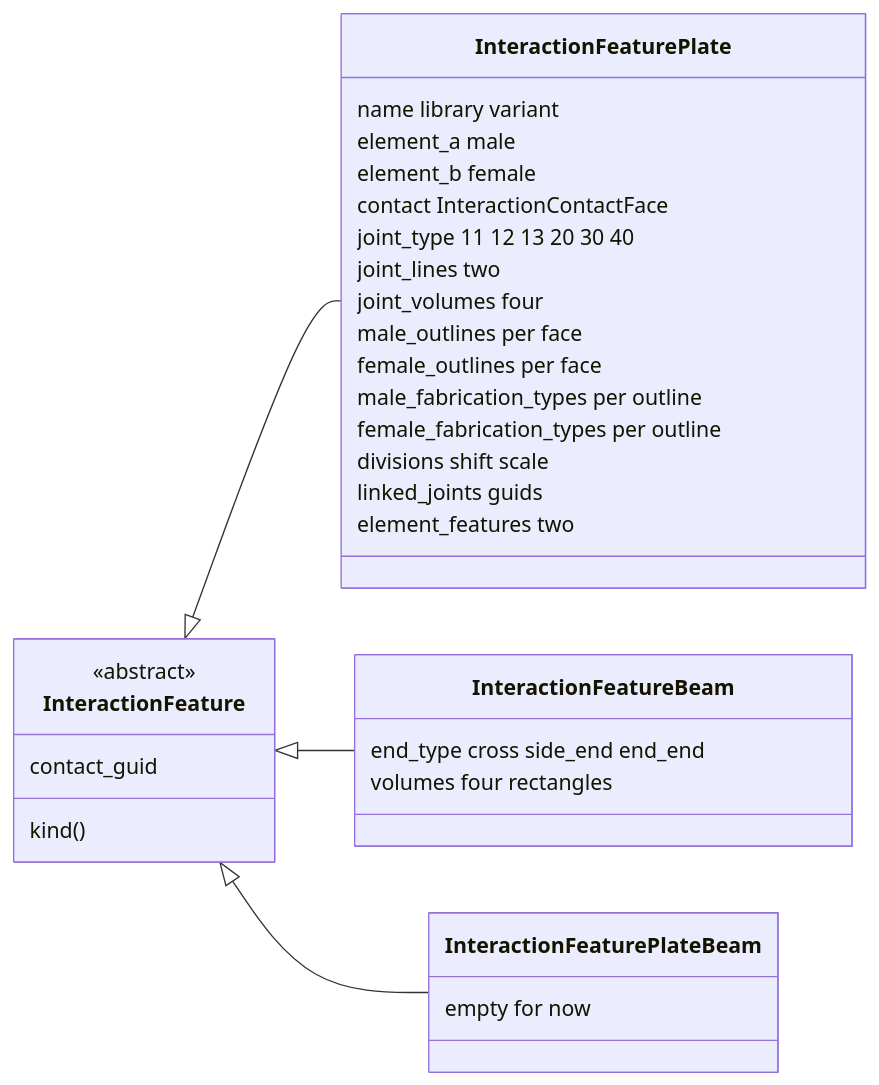
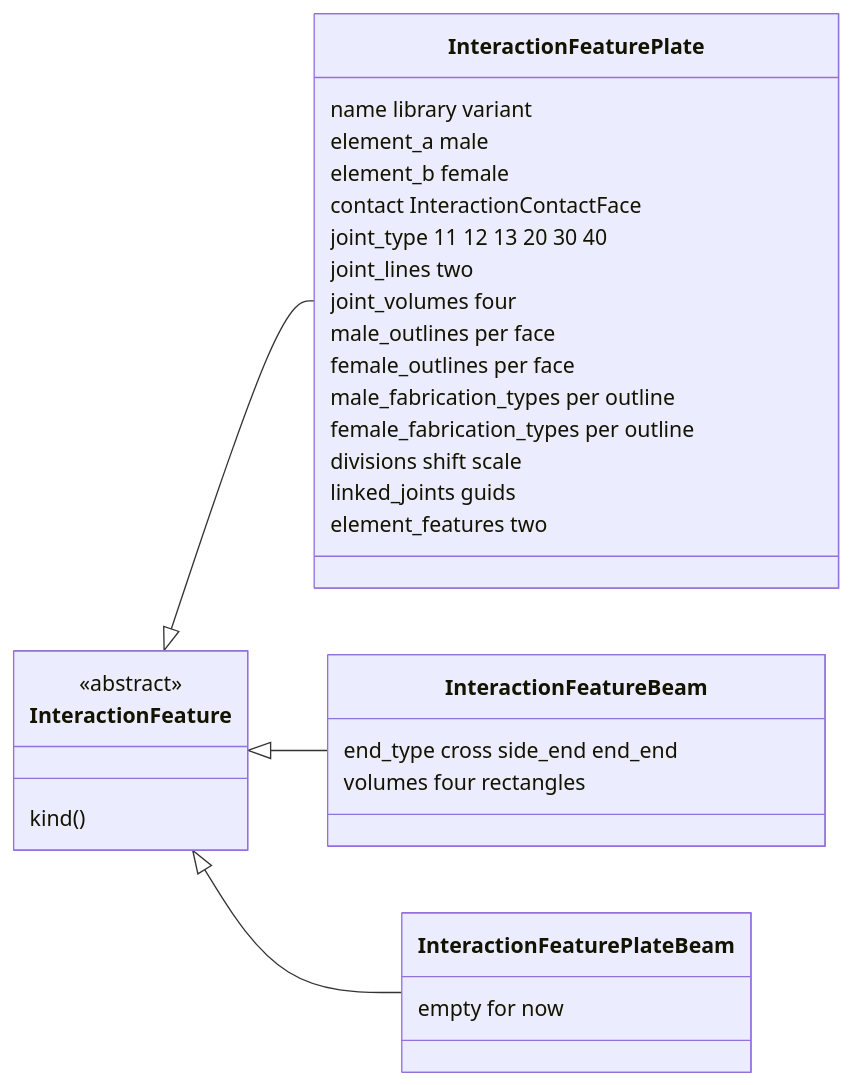
Before and after one commit to petrasvestartas/wood: the third of 10 diagrams in src/docs.md, drawn with Mermaid. The commit also changed other lines of this file and 103 other files, not shown here.

````diff
--- a/src/docs.md
+++ b/src/docs.md
@@ -90,35 +88,34 @@
 ```mermaid
 classDiagram
     direction LR
     class InteractionFeature {
         <<abstract>>
-        contact_guid
         kind()
     }
     class InteractionFeaturePlate {
         name library variant
         element_a male
         element_b female
         contact InteractionContactFace
         joint_type 11 12 13 20 30 40
         joint_lines two
         joint_volumes four
         male_outlines per face
         female_outlines per face
         male_fabrication_types per outline
         female_fabrication_types per outline
         divisions shift scale
         linked_joints guids
         element_features two
     }
     class InteractionFeatureBeam {
         end_type cross side_end end_end
         volumes four rectangles
     }
     class InteractionFeaturePlateBeam {
         empty for now
     }
     InteractionFeature <|-- InteractionFeaturePlate
     InteractionFeature <|-- InteractionFeatureBeam
     InteractionFeature <|-- InteractionFeaturePlateBeam
 ```
````
